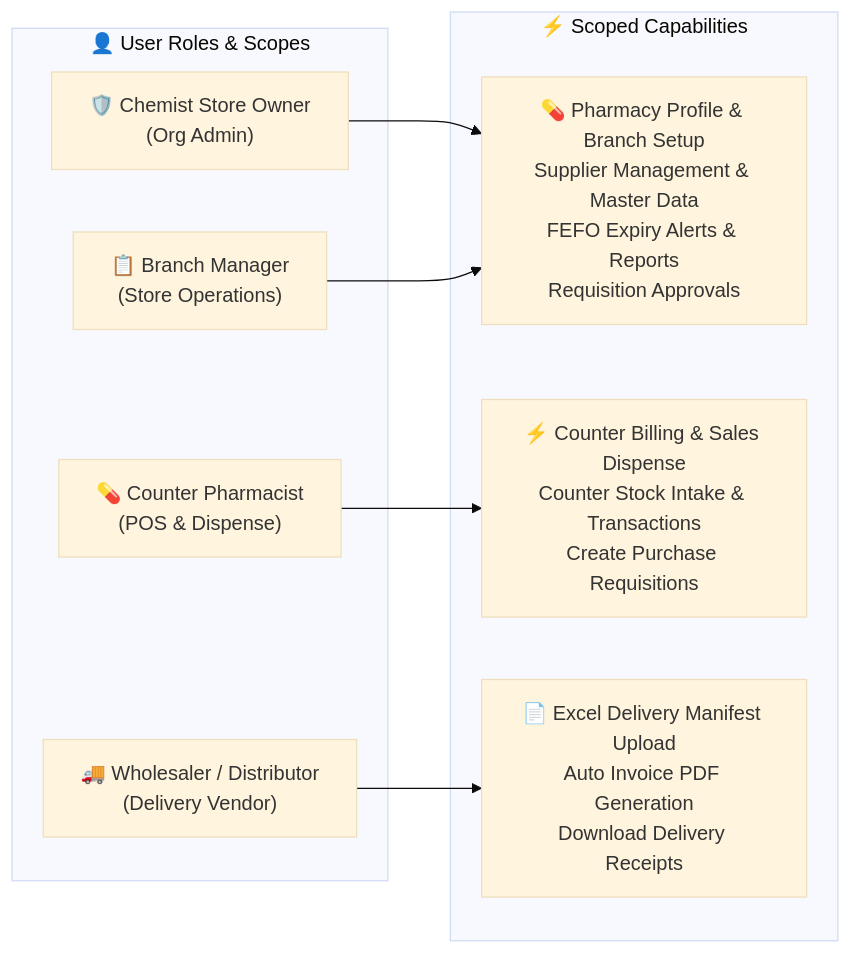
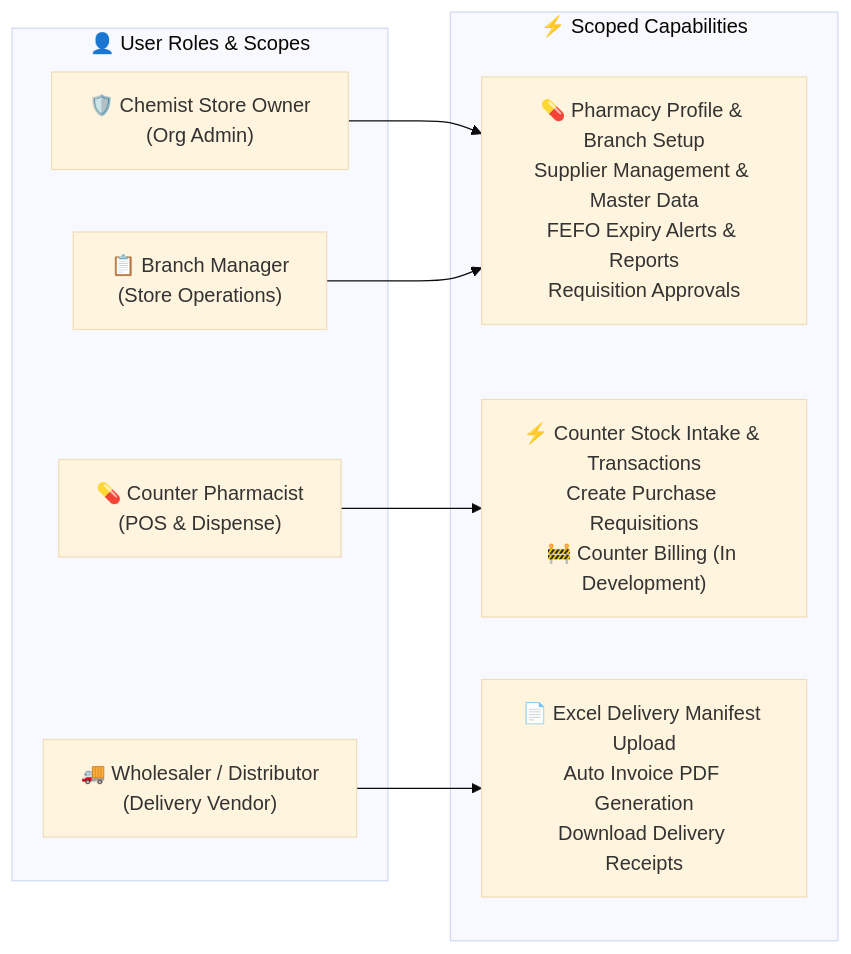
One commit to Sayandip05/InvIQ changed the fourth of 4 diagrams in README.md. Above: the diagram before and after it, drawn with Mermaid (base theme). The commit also changed other lines of this file and 2 other files, not shown here.

Commit message:
docs(billing): clarify billing module is non-functional and in active development

````diff
--- a/README.md
+++ b/README.md
@@ -293,20 +292,20 @@
 ```mermaid
 graph LR
     subgraph Roles["👤 User Roles & Scopes"]
         Admin["🛡️ Chemist Store Owner<br/>(Org Admin)"]
         Manager["📋 Branch Manager<br/>(Store Operations)"]
         Staff["💊 Counter Pharmacist<br/>(POS & Dispense)"]
         Vendor["🚚 Wholesaler / Distributor<br/>(Delivery Vendor)"]
     end
 
     subgraph Capabilities["⚡ Scoped Capabilities"]
         StoreMgmt["💊 Pharmacy Profile & Branch Setup<br/>Supplier Management & Master Data<br/>FEFO Expiry Alerts & Reports<br/>Requisition Approvals"]
-        StaffOps["⚡ Counter Billing & Sales Dispense<br/>Counter Stock Intake & Transactions<br/>Create Purchase Requisitions"]
+        StaffOps["⚡ Counter Stock Intake & Transactions<br/>Create Purchase Requisitions<br/>🚧 Counter Billing (In Development)"]
         VendorOps["📄 Excel Delivery Manifest Upload<br/>Auto Invoice PDF Generation<br/>Download Delivery Receipts"]
     end
 
     Admin --> StoreMgmt
     Manager --> StoreMgmt
     Staff --> StaffOps
     Vendor --> VendorOps
 ```
````
